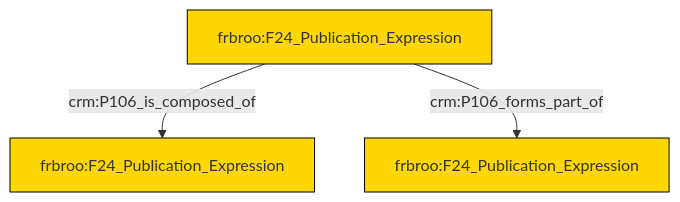
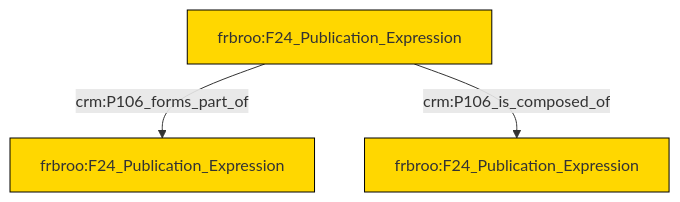
One commit to swiss-art-research-net/reference-data-models changed the diagram in et/biblioCSV/ttl/mmd/biblio_parthood.ttl.mmd. Above: the diagram before and after it, drawn with Mermaid. The commit also changed 126 other files, not shown here.

```diff
--- a/et/biblioCSV/ttl/mmd/biblio_parthood.ttl.mmd
+++ b/et/biblioCSV/ttl/mmd/biblio_parthood.ttl.mmd
@@ -1,17 +1,17 @@
 graph TD
 classDef Literal fill:#f2f2f2,stroke:#000000;
 classDef CRM_Entity fill:#FFFFFF,stroke:#000000;
 classDef Temporal_Entity fill:#00C9E6, stroke:#000000;
 classDef Type fill:#E18312, stroke:#000000;
 classDef Time-Span fill:#2C9C91, stroke:#000000;
 classDef Appellation fill:#FFEB7F, stroke:#000000;
 classDef Place fill:#008836, stroke:#000000;
 classDef Persistent_Item fill:#B266B2, stroke:#000000;
 classDef Conceptual_Object fill:#FFD700, stroke:#000000;
 classDef Physical_Thing fill:#D2B48C, stroke:#000000;
 classDef Actor fill:#f58aad, stroke:#000000;
 classDef PC_Classes fill:#4ce600, stroke:#000000;
 classDef Multi fill:#cccccc,stroke:#000000;
 
-0["frbroo:F24_Publication_Expression"]:::Conceptual_Object -->|crm:P106_is_composed_of| 2["frbroo:F24_Publication_Expression"]:::Conceptual_Object
-0["frbroo:F24_Publication_Expression"]:::Conceptual_Object -->|crm:P106_forms_part_of| 3["frbroo:F24_Publication_Expression"]:::Conceptual_Object
+0["frbroo:F24_Publication_Expression"]:::Conceptual_Object -->|crm:P106_forms_part_of| 1["frbroo:F24_Publication_Expression"]:::Conceptual_Object
+0["frbroo:F24_Publication_Expression"]:::Conceptual_Object -->|crm:P106_is_composed_of| 4["frbroo:F24_Publication_Expression"]:::Conceptual_Object
```
